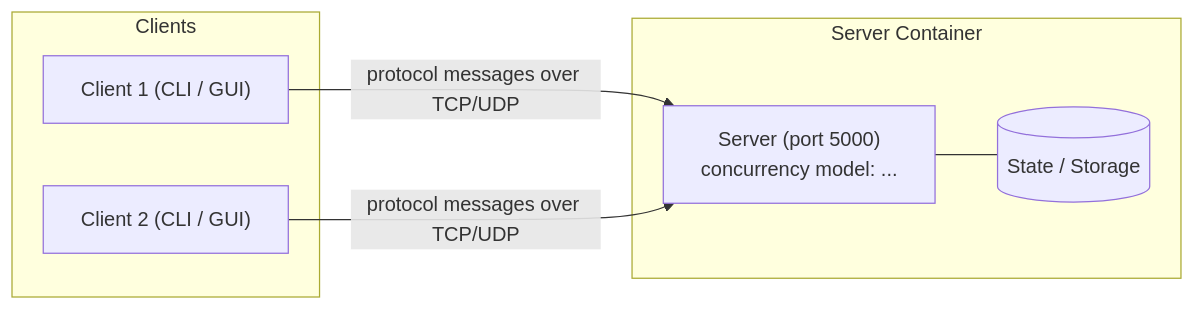
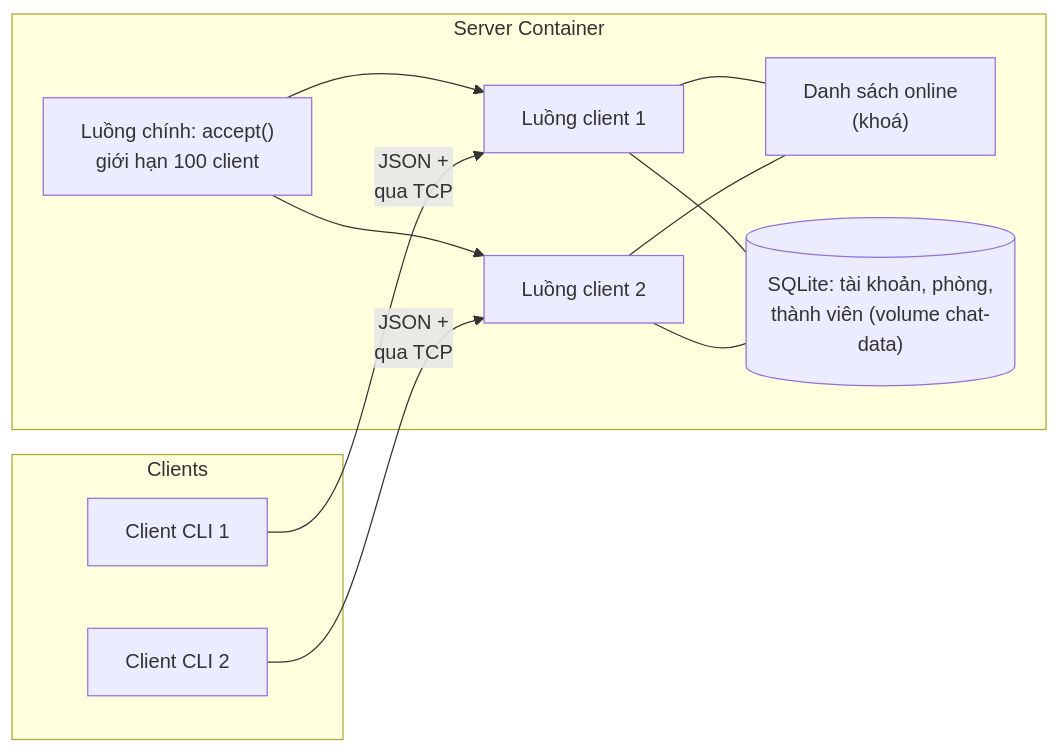
Before and after one commit to ElementalHeroCodeNeos/copy-project-mmt: the diagram in README.md, drawn with Mermaid. The commit also changed other lines of this file and 1 other file, not shown here.

````diff
--- a/README.md
+++ b/README.md
@@ -56,14 +58,24 @@
 ```mermaid
 graph LR
     subgraph Clients
-        C1["Client 1 (CLI / GUI)"]
-        C2["Client 2 (CLI / GUI)"]
+        C1["Client CLI 1"]
+        C2["Client CLI 2"]
     end
     subgraph Server Container
-        S["Server (port 5000)<br/>concurrency model: ..."]
-        ST[("State / Storage")]
-        S --- ST
+        A["Luồng chính: accept()<br/>giới hạn 100 client"]
+        T1["Luồng client 1"]
+        T2["Luồng client 2"]
+        R["Danh sách online<br/>(khoá)"]
+        ST[("SQLite: tài khoản, phòng,<br/>thành viên (volume chat-data)")]
+        A --> T1
+        A --> T2
+        T1 --- R
+        T2 --- R
+        T1 --- ST
+        T2 --- ST
     end
-    C1 -->|protocol messages over TCP/UDP| S
-    C2 -->|protocol messages over TCP/UDP| S
+    C1 -->|JSON + 
+ qua TCP| T1
+    C2 -->|JSON + 
+ qua TCP| T2
 ```
````
